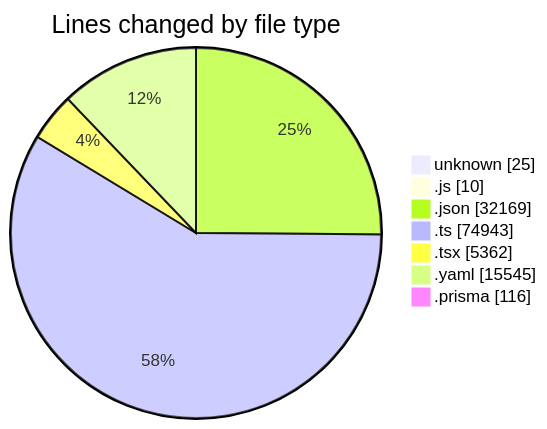
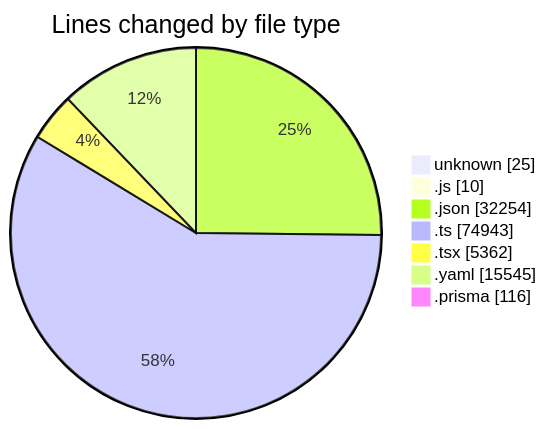
Before and after one commit to CELIANVF/code-tracking: the first of 2 diagrams in 2025-05-02/ecodeli/README.md, drawn with Mermaid. The commit also changed other lines of this file and 1 other file, not shown here.

````diff
--- a/2025-05-02/ecodeli/README.md
+++ b/2025-05-02/ecodeli/README.md
@@ -80,11 +80,11 @@
 ```mermaid
 pie showData
 title Lines changed by file type
 "unknown" : 25
 ".js" : 10
-".json" : 32169
+".json" : 32254
 ".ts" : 74943
 ".tsx" : 5362
 ".yaml" : 15545
 ".prisma" : 116
 ```
````
